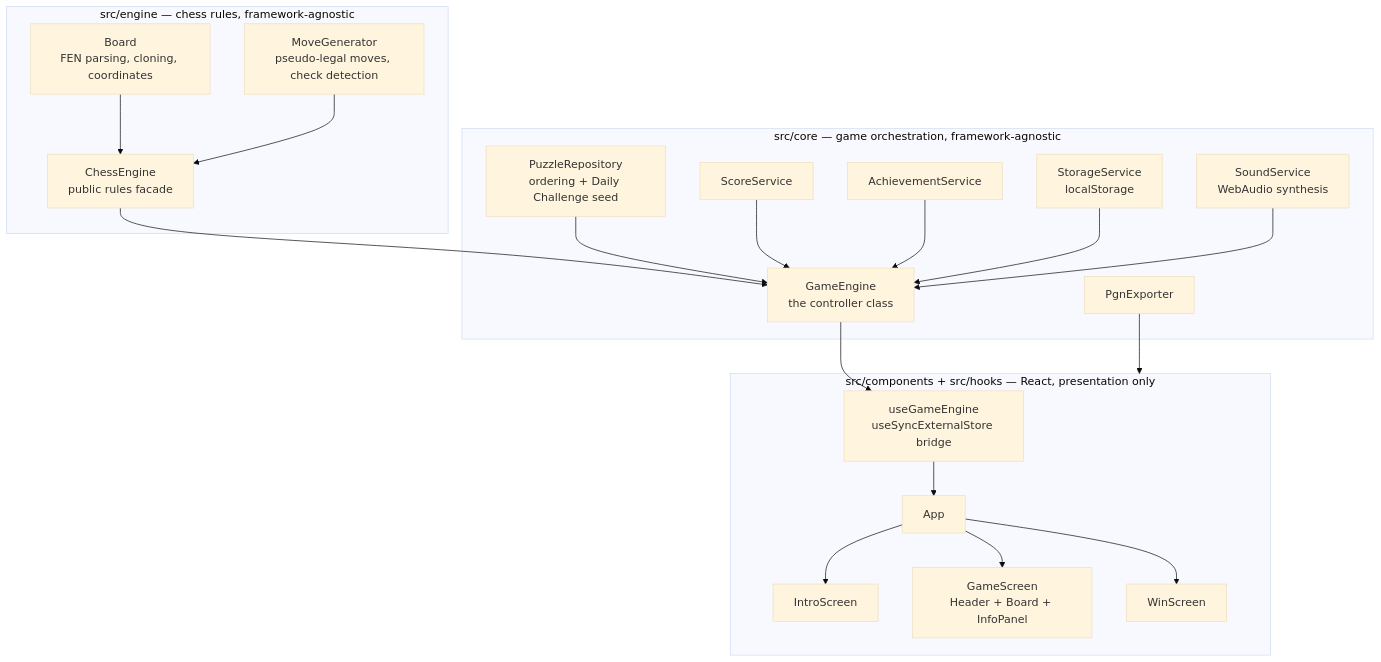
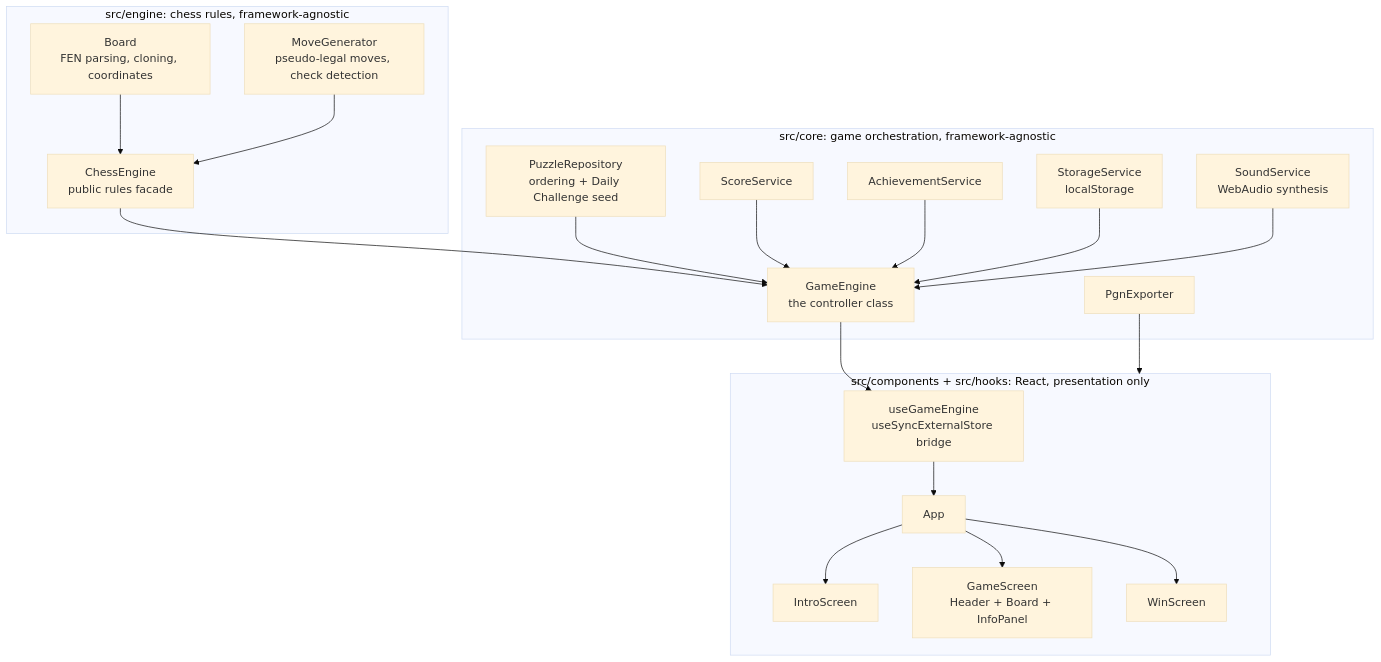
The first of 2 diagrams in README.md (hassanireza/checkMate), drawn with Mermaid (base theme) before and after one commit. The commit also changed other lines of this file, not shown here.

````diff
--- a/README.md
+++ b/README.md
@@ -60,38 +60,38 @@
 ```mermaid
 flowchart TB
-    subgraph Rules["src/engine — chess rules, framework-agnostic"]
+    subgraph Rules["src/engine: chess rules, framework-agnostic"]
         Board["Board\nFEN parsing, cloning, coordinates"]
         MoveGen["MoveGenerator\npseudo-legal moves, check detection"]
         ChessEngine["ChessEngine\npublic rules facade"]
         Board --> ChessEngine
         MoveGen --> ChessEngine
     end
 
-    subgraph Core["src/core — game orchestration, framework-agnostic"]
+    subgraph Core["src/core: game orchestration, framework-agnostic"]
         GameEngine["GameEngine\nthe controller class"]
         PuzzleRepo["PuzzleRepository\nordering + Daily Challenge seed"]
         ScoreSvc["ScoreService"]
         AchievementSvc["AchievementService"]
         StorageSvc["StorageService\nlocalStorage"]
         SoundSvc["SoundService\nWebAudio synthesis"]
         PgnExp["PgnExporter"]
     end
 
-    subgraph UI["src/components + src/hooks — React, presentation only"]
+    subgraph UI["src/components + src/hooks: React, presentation only"]
         Hook["useGameEngine\nuseSyncExternalStore bridge"]
         App["App"]
         Intro["IntroScreen"]
         Game["GameScreen\nHeader + Board + InfoPanel"]
         Win["WinScreen"]
     end
 
     ChessEngine --> GameEngine
     PuzzleRepo --> GameEngine
     ScoreSvc --> GameEngine
     AchievementSvc --> GameEngine
     StorageSvc --> GameEngine
     SoundSvc --> GameEngine
     GameEngine --> Hook
     PgnExp --> UI
     Hook --> App --> Intro & Game & Win
 ```
````
